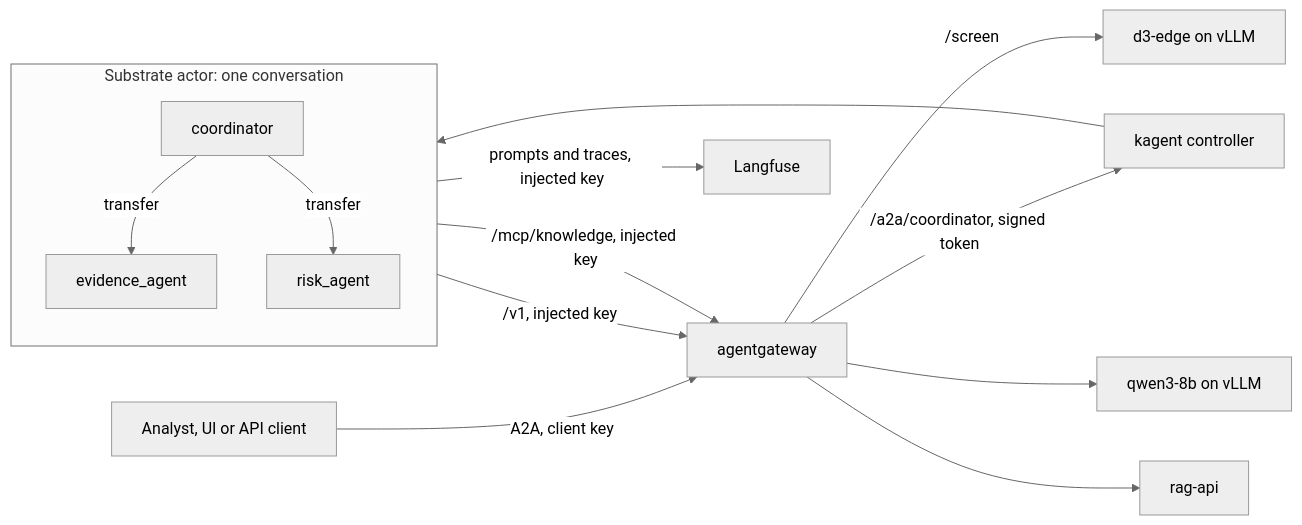
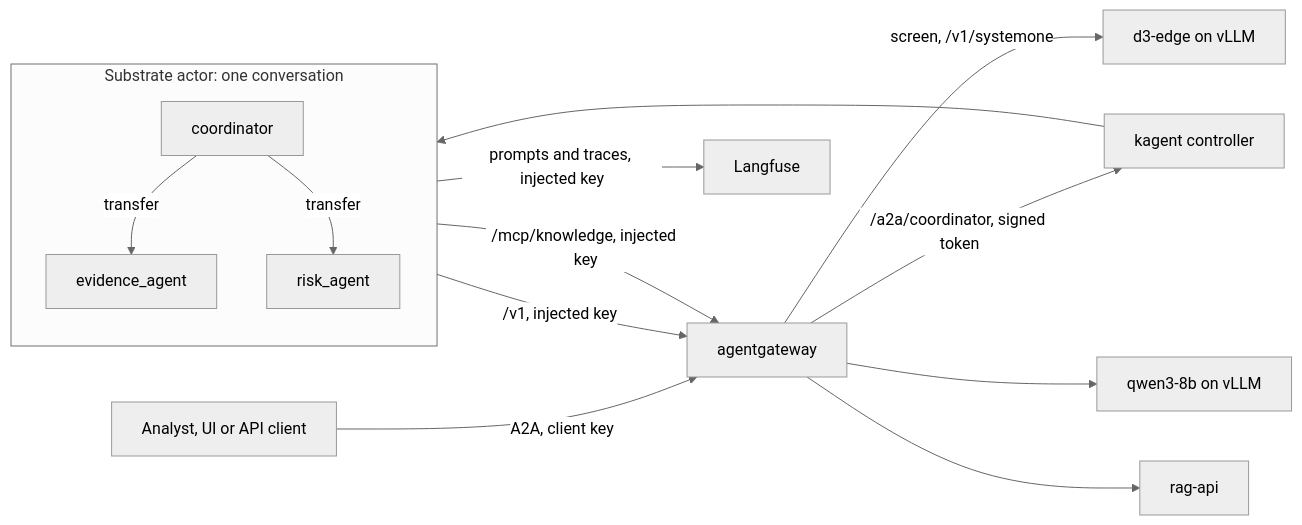
The diagram in docs/llm/agents.md (phuchoang2603/payment-gateway-fraud-detection), drawn with Mermaid (neutral theme) before and after one commit. The commit also changed 6 other files, not shown here.

First line of the commit message:
refactor(llm): screen through the /v1/systemone route

````diff
--- a/docs/llm/agents.md
+++ b/docs/llm/agents.md
@@ -22,16 +22,16 @@
 ```mermaid
 flowchart LR
   client[Analyst, UI or API client] -->|A2A, client key| gw[agentgateway]
   gw -->|/a2a/coordinator, signed token| ctrl[kagent controller]
   ctrl --> actor
   subgraph actor[Substrate actor: one conversation]
     coord[coordinator] -->|transfer| ev[evidence_agent]
     coord -->|transfer| risk[risk_agent]
   end
   actor -->|/v1, injected key| gw
   actor -->|/mcp/knowledge, injected key| gw
-  gw -->|/screen| d3[d3-edge on vLLM]
+  gw -->|screen, /v1/systemone| d3[d3-edge on vLLM]
   gw --> vllm[qwen3-8b on vLLM]
   gw --> rag[rag-api]
   actor -->|prompts and traces, injected key| lf[Langfuse]
 ```
````
